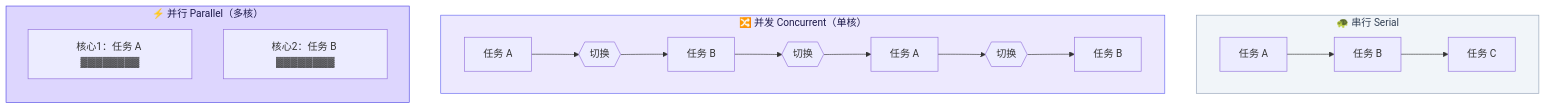
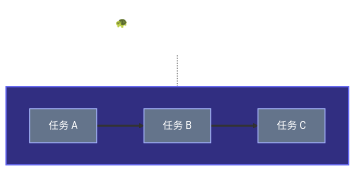
One commit to bioll-web/Crossing changed the fourth of 12 diagrams in content/zh/docs/tech-frontier/os-course/os-concepts/ch01-introduction/02-characteristics.md. Above: the diagram before and after it, drawn with Mermaid. The commit also changed other lines of this file and 6 other files, not shown here.

First line of the commit message:
feat: rename Term 1 to 深入了解操作系统 & improve ch01 diagrams

````diff
--- a/content/zh/docs/tech-frontier/os-course/os-concepts/ch01-introduction/02-characteristics.md
+++ b/content/zh/docs/tech-frontier/os-course/os-concepts/ch01-introduction/02-characteristics.md
@@ -43,22 +84,15 @@
 ```mermaid
 flowchart TB
-    subgraph serial["🐢 串行 Serial"]
+    title3["🐢 <b>串行 Serial</b> · 一个接一个 · 卡死全停"]
+    subgraph serial[" "]
         direction LR
-        s1["任务 A"] --> s2["任务 B"] --> s3["任务 C"]
+        s1["任务 A"] ==> s2["任务 B"] ==> s3["任务 C"]
     end
- 
-    subgraph concurrent["🔀 并发 Concurrent（单核）"]
-        direction LR
-        c1["任务 A"] --> cx1{{"切换"}} --> c2["任务 B"] --> cx2{{"切换"}} --> c3["任务 A"] --> cx3{{"切换"}} --> c4["任务 B"]
-    end
- 
-    subgraph parallel["⚡ 并行 Parallel（多核）"]
-        direction TB
-        p1["核心1：任务 A ▓▓▓▓▓▓▓▓"]
-        p2["核心2：任务 B ▓▓▓▓▓▓▓▓"]
-    end
- 
-    style serial fill:#f1f5f9,stroke:#94a3b8,color:#334155
-    style concurrent fill:#ede9fe,stroke:#6366f1,color:#1e1b4b
-    style parallel fill:#ddd6fe,stroke:#4f46e5,color:#1e1b4b
+    title3 -.- serial
+
+    style title3 fill:none,stroke:none,color:#ffffff,font-size:16px
+    style serial fill:#312e81,stroke:#6366f1,stroke-width:2px,color:#ffffff
+    style s1 fill:#64748b,color:#ffffff,stroke:#a5b4fc,stroke-width:1.5px
+    style s2 fill:#64748b,color:#ffffff,stroke:#a5b4fc,stroke-width:1.5px
+    style s3 fill:#64748b,color:#ffffff,stroke:#a5b4fc,stroke-width:1.5px
 ```
````
